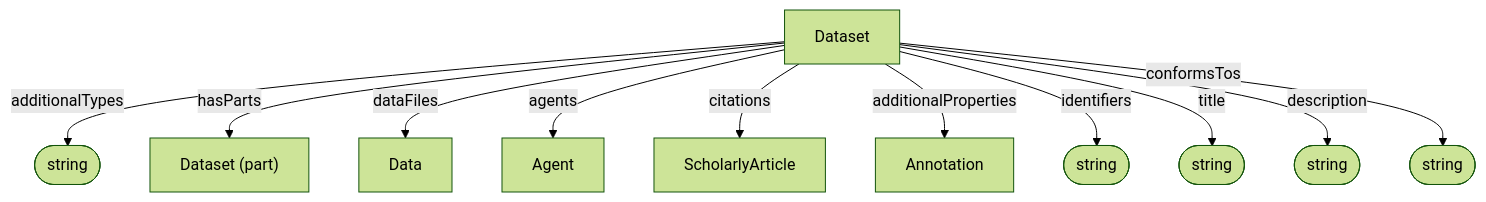
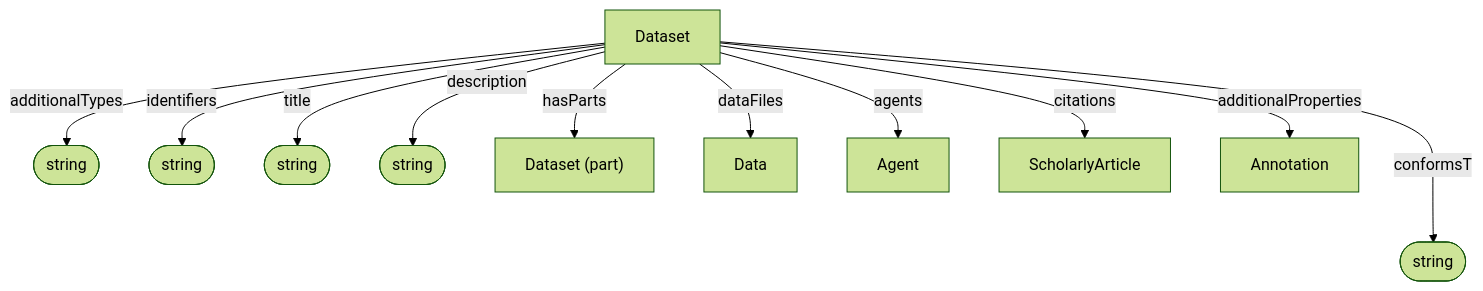
Before and after one commit to HLWeil/ARC-base-model: the diagram in docs/spec/administrative/Dataset.md, drawn with Mermaid (forest theme). The commit also changed other lines of this file and 3 other files, not shown here.

Commit message:
docs: rename conformsTos to conformsTo in core specs

````diff
--- a/docs/spec/administrative/Dataset.md
+++ b/docs/spec/administrative/Dataset.md
@@ -36,22 +36,22 @@
 ```mermaid
 flowchart TD
 
     additionalTypes@{ shape: stadium, label: "string" }
 
     id@{ shape: stadium, label: "string" }
     na@{ shape: stadium, label: "string" }
     de@{ shape: stadium, label: "string" }
     ct@{ shape: stadium, label: "string" }
 
     d[Dataset]
     d --additionalTypes--> additionalTypes
     d --hasParts--> part["Dataset (part)"]
     d --dataFiles--> Data
     d --agents--> Agent
     d --citations--> ScholarlyArticle
     d --additionalProperties--> Annotation
     d --identifiers--> id
     d --title--> na
     d --description--> de
-    d --conformsTos--> ct
+    d --conformsTo--> ct
 ```
````
